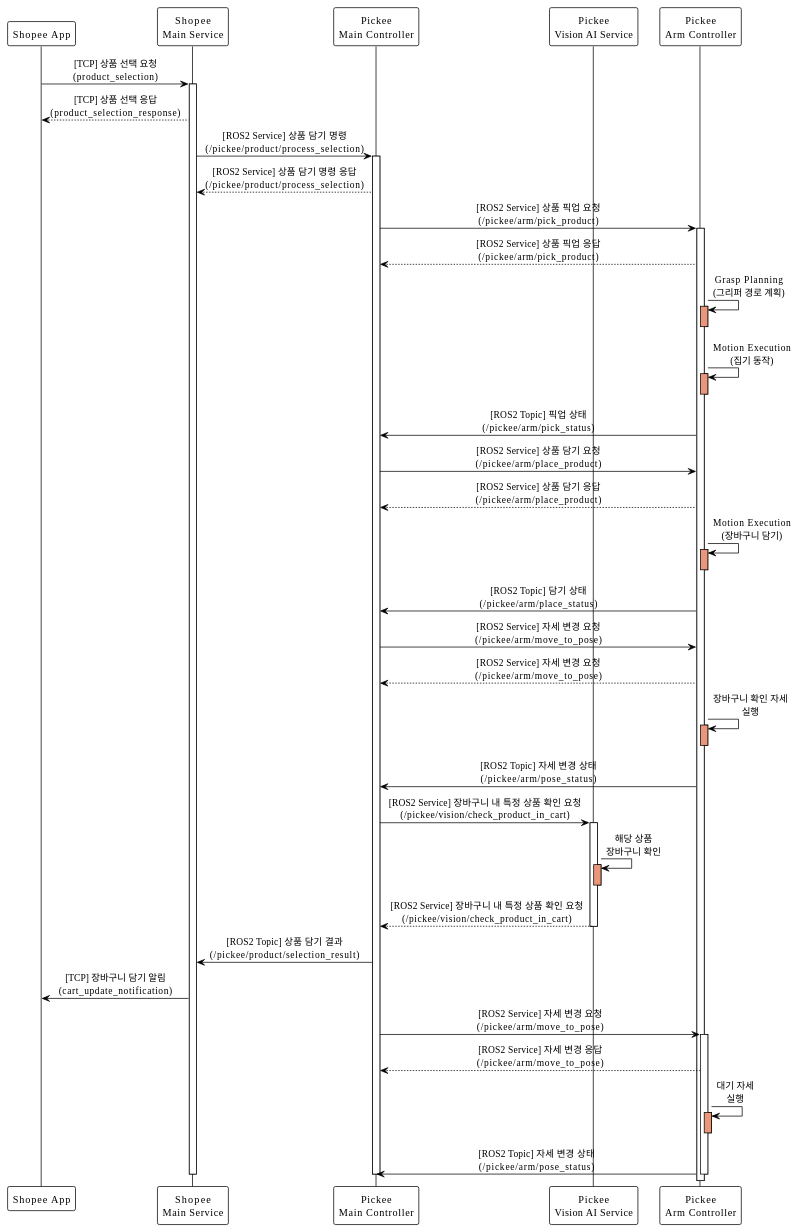
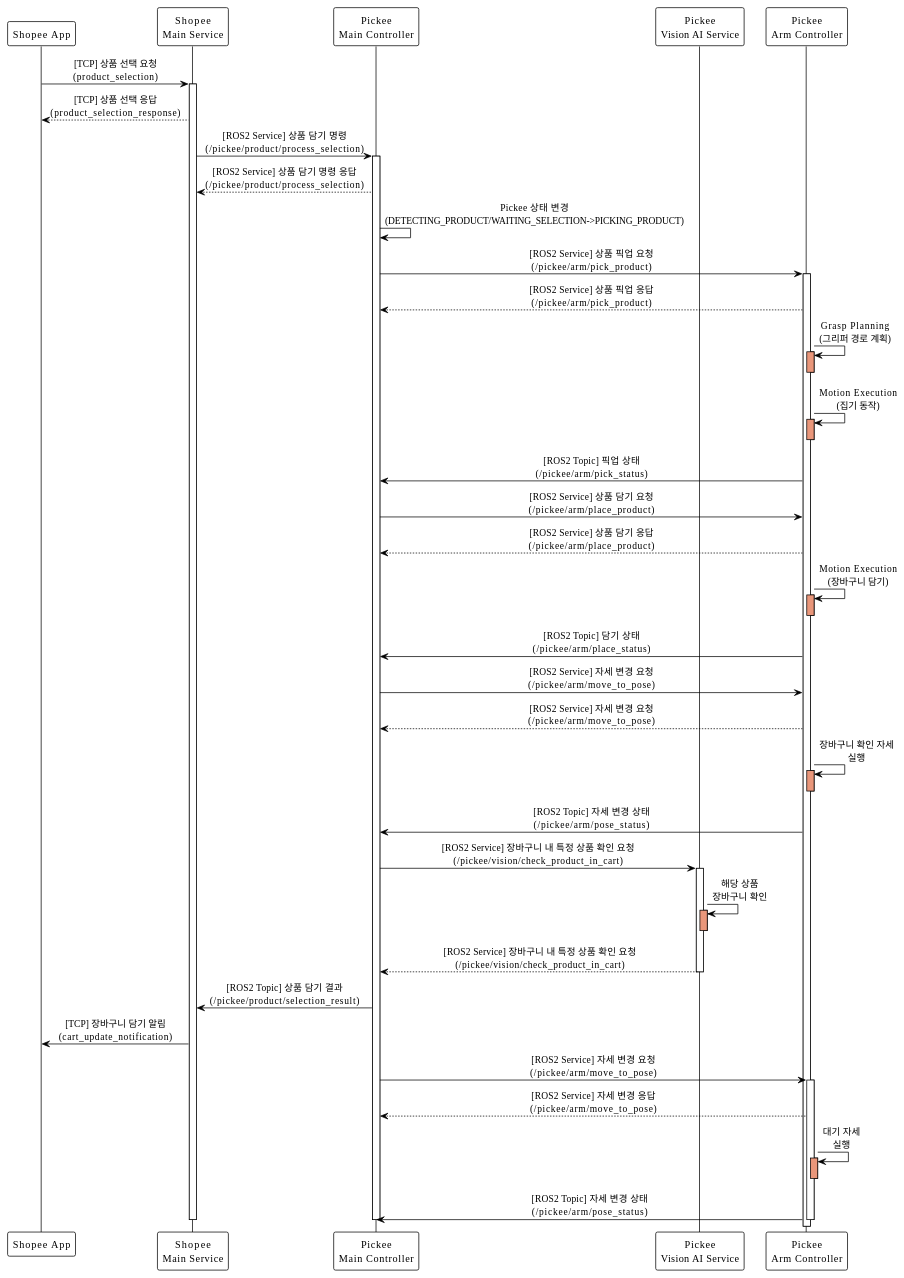
Before and after one commit to addinedu-roscamp-7th/roscamp-repo-1: the diagram in docs/SequenceDiagram/SC_02_4.md, drawn with PlantUML. The commit also changed 18 other files, not shown here.

```diff
--- a/docs/SequenceDiagram/SC_02_4.md
+++ b/docs/SequenceDiagram/SC_02_4.md
@@ -18,6 +18,8 @@
 activate pickee_main
 
 pickee_main --> main: [ROS2 Service] 상품 담기 명령 응답\n(/pickee/product/process_selection)
+
+pickee_main -> pickee_main: Pickee 상태 변경\n(DETECTING_PRODUCT/WAITING_SELECTION->PICKING_PRODUCT)
 
 pickee_main -> pickee_arm: [ROS2 Service] 상품 픽업 요청\n(/pickee/arm/pick_product)
 activate pickee_arm
```
